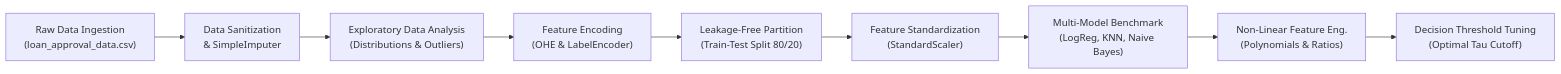
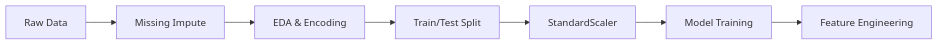
One commit to S1h2i3v4a/AI_ML changed the diagram in lecture_27/Notes_27.02/README_HINGLISH.md. Above: the diagram before and after it, drawn with Mermaid. The commit also changed other lines of this file and 147 other files, not shown here.

Commit message:
docs(lectures 25-27): align notes with video lectures, add blackboard diagrams, clean structured functions, and compile vector PDFs

````diff
--- a/lecture_27/Notes_27.02/README_HINGLISH.md
+++ b/lecture_27/Notes_27.02/README_HINGLISH.md
@@ -34,11 +33,9 @@
 ```mermaid
 flowchart LR
-    A["Raw Data Ingestion<br/>(loan_approval_data.csv)"] --> B["Data Sanitization<br/>& SimpleImputer"]
-    B --> C["Exploratory Data Analysis<br/>(Distributions & Outliers)"]
-    C --> D["Feature Encoding<br/>(OHE & LabelEncoder)"]
-    D --> E["Leakage-Free Partition<br/>(Train-Test Split 80/20)"]
-    E --> F["Feature Standardization<br/>(StandardScaler)"]
-    F --> G["Multi-Model Benchmark<br/>(LogReg, KNN, Naive Bayes)"]
-    G --> H["Non-Linear Feature Eng.<br/>(Polynomials & Ratios)"]
-    H --> I["Decision Threshold Tuning<br/>(Optimal Tau Cutoff)"]
+    A["Raw Data"] --> B["Missing Impute"]
+    B --> C["EDA & Encoding"]
+    C --> D["Train/Test Split"]
+    D --> E["StandardScaler"]
+    E --> F["Model Training"]
+    F --> G["Feature Engineering"]
 ```
````
